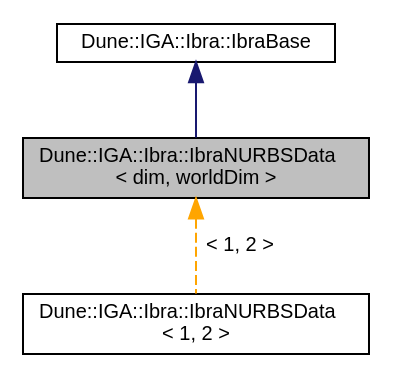
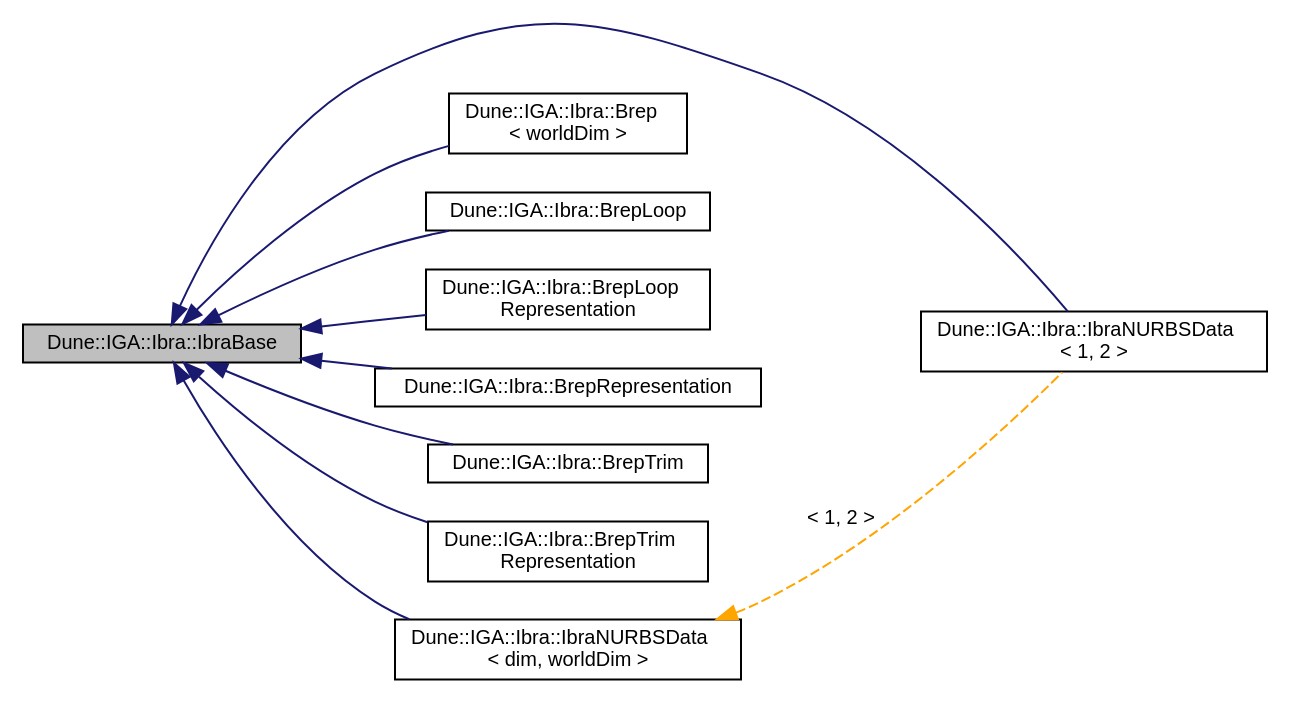
Before and after one commit to rath3t/dune-iga-doc: the diagram in db/db2/a01143.dot, drawn with Graphviz. The commit also changed 818 other files, not shown here.

Commit message:
deploy: rath3t/dune-iga@28a5df5a8fd87d4e8b36d52e9c32c705e1e64a1c

```diff
--- a/db/db2/a01143.dot
+++ b/db/db2/a01143.dot
@@ -1,11 +1,25 @@
-digraph "Dune::IGA::Ibra::IbraNURBSData&lt; dim, worldDim &gt;"
+digraph "Dune::IGA::Ibra::IbraBase"
 {
  // LATEX_PDF_SIZE
   edge [fontname="Helvetica",fontsize="10",labelfontname="Helvetica",labelfontsize="10"];
   node [fontname="Helvetica",fontsize="10",shape=record];
-  Node1 [label="Dune::IGA::Ibra::IbraNURBSData\l\< dim, worldDim \>",height=0.2,width=0.4,color="black", fillcolor="grey75", style="filled", fontcolor="black",tooltip=" "];
-  Node2 -> Node1 [dir="back",color="midnightblue",fontsize="10",style="solid",fontname="Helvetica"];
-  Node2 [label="Dune::IGA::Ibra::IbraBase",height=0.2,width=0.4,color="black", fillcolor="white", style="filled",URL="$dc/d64/a01140.html",tooltip=" "];
-  Node1 -> Node3 [dir="back",color="orange",fontsize="10",style="dashed",label=" \< 1, 2 \>" ,fontname="Helvetica"];
-  Node3 [label="Dune::IGA::Ibra::IbraNURBSData\l\< 1, 2 \>",height=0.2,width=0.4,color="black", fillcolor="white", style="filled",URL="$db/d51/a01144.html",tooltip=" "];
+  rankdir="LR";
+  Node1 [label="Dune::IGA::Ibra::IbraBase",height=0.2,width=0.4,color="black", fillcolor="grey75", style="filled", fontcolor="black",tooltip=" "];
+  Node1 -> Node2 [dir="back",color="midnightblue",fontsize="10",style="solid",fontname="Helvetica"];
+  Node2 [label="Dune::IGA::Ibra::IbraNURBSData\l\< 1, 2 \>",height=0.2,width=0.4,color="black", fillcolor="white", style="filled",URL="$db/d17/a01148.html",tooltip=" "];
+  Node1 -> Node3 [dir="back",color="midnightblue",fontsize="10",style="solid",fontname="Helvetica"];
+  Node3 [label="Dune::IGA::Ibra::Brep\l\< worldDim \>",height=0.2,width=0.4,color="black", fillcolor="white", style="filled",URL="$d6/db6/a01172.html",tooltip=" "];
+  Node1 -> Node4 [dir="back",color="midnightblue",fontsize="10",style="solid",fontname="Helvetica"];
+  Node4 [label="Dune::IGA::Ibra::BrepLoop",height=0.2,width=0.4,color="black", fillcolor="white", style="filled",URL="$d2/dd2/a01164.html",tooltip=" "];
+  Node1 -> Node5 [dir="back",color="midnightblue",fontsize="10",style="solid",fontname="Helvetica"];
+  Node5 [label="Dune::IGA::Ibra::BrepLoop\lRepresentation",height=0.2,width=0.4,color="black", fillcolor="white", style="filled",URL="$da/d20/a01160.html",tooltip=" "];
+  Node1 -> Node6 [dir="back",color="midnightblue",fontsize="10",style="solid",fontname="Helvetica"];
+  Node6 [label="Dune::IGA::Ibra::BrepRepresentation",height=0.2,width=0.4,color="black", fillcolor="white", style="filled",URL="$d4/da6/a01168.html",tooltip=" "];
+  Node1 -> Node7 [dir="back",color="midnightblue",fontsize="10",style="solid",fontname="Helvetica"];
+  Node7 [label="Dune::IGA::Ibra::BrepTrim",height=0.2,width=0.4,color="black", fillcolor="white", style="filled",URL="$d9/d42/a01156.html",tooltip=" "];
+  Node1 -> Node8 [dir="back",color="midnightblue",fontsize="10",style="solid",fontname="Helvetica"];
+  Node8 [label="Dune::IGA::Ibra::BrepTrim\lRepresentation",height=0.2,width=0.4,color="black", fillcolor="white", style="filled",URL="$d9/d97/a01152.html",tooltip=" "];
+  Node1 -> Node9 [dir="back",color="midnightblue",fontsize="10",style="solid",fontname="Helvetica"];
+  Node9 [label="Dune::IGA::Ibra::IbraNURBSData\l\< dim, worldDim \>",height=0.2,width=0.4,color="black", fillcolor="white", style="filled",URL="$db/d17/a01148.html",tooltip=" "];
+  Node9 -> Node2 [dir="back",color="orange",fontsize="10",style="dashed",label=" \< 1, 2 \>" ,fontname="Helvetica"];
 }
```
